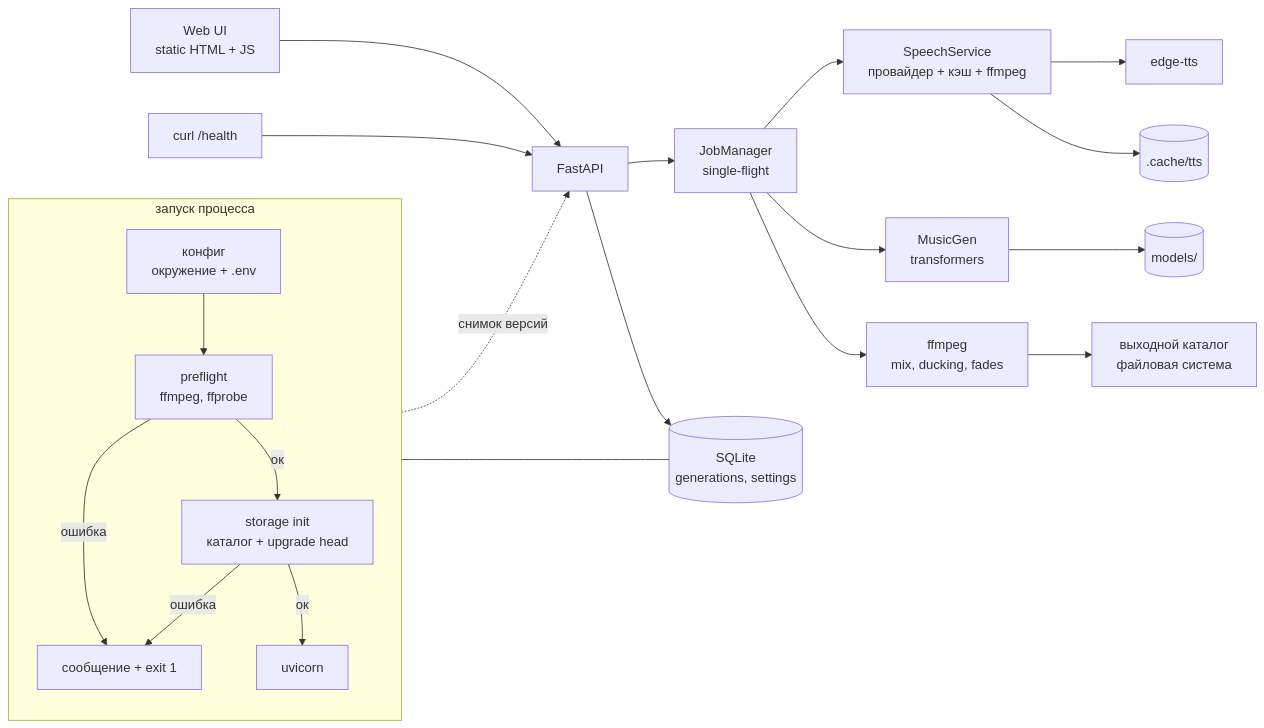
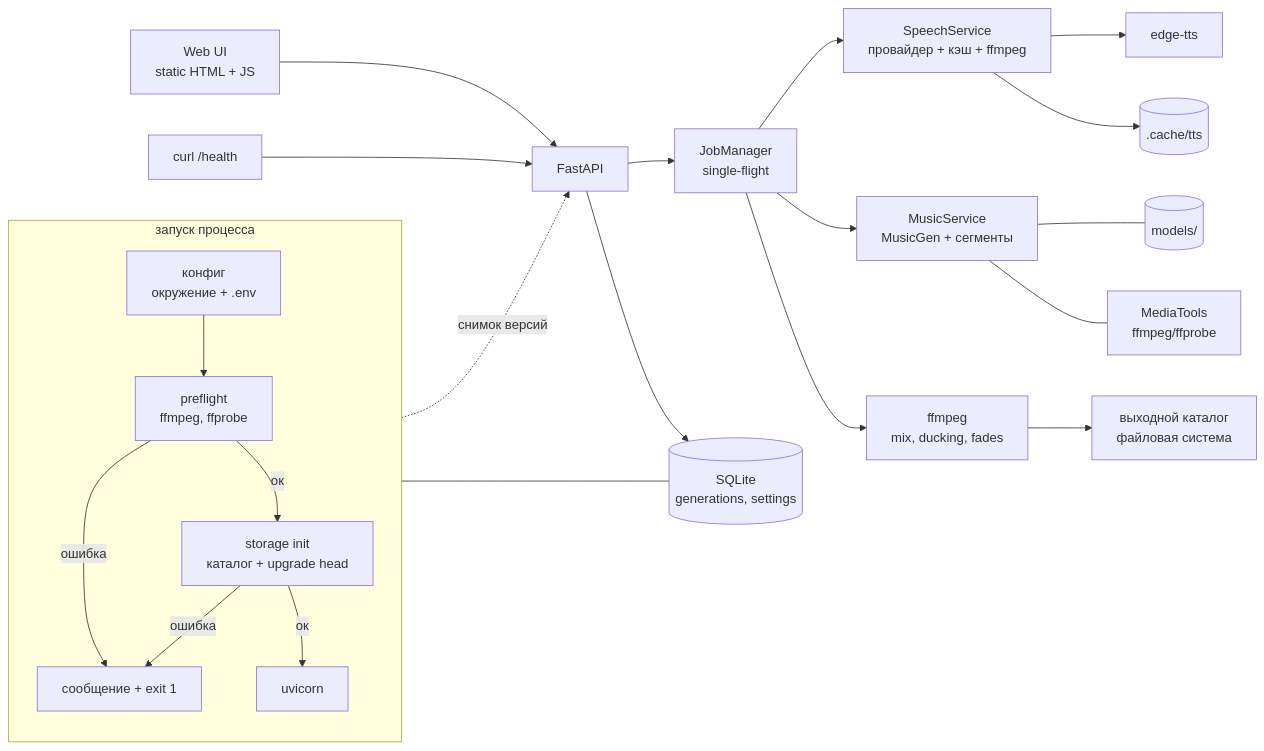
The first of 2 diagrams in docs/architecture.md (tuch-ka/muzifikator), drawn with Mermaid before and after one commit. The commit also changed other lines of this file and 18 other files, not shown here.

First line of the commit message:
feat: add MusicGen music layer with segmented crossfade

````diff
--- a/docs/architecture.md
+++ b/docs/architecture.md
@@ -8,24 +8,25 @@
 ```mermaid
 flowchart LR
     subgraph START["запуск процесса"]
         direction TB
         CFG["конфиг<br/>окружение + .env"] --> PF["preflight<br/>ffmpeg, ffprobe"]
         PF -->|"ок"| ST["storage init<br/>каталог + upgrade head"]
         PF -->|"ошибка"| EXIT["сообщение + exit 1"]
         ST -->|"ок"| APP["uvicorn"]
         ST -->|"ошибка"| EXIT
     end
     UI["Web UI<br/>static HTML + JS"] --> API["FastAPI"]
     OPS["curl /health"] --> API
     API --> JOB["JobManager<br/>single-flight"]
     JOB --> SPEECH["SpeechService<br/>провайдер + кэш + ffmpeg"]
     SPEECH --> TTS["edge-tts"]
     SPEECH --> CACHE[(".cache/tts")]
-    JOB --> MUS["MusicGen<br/>transformers"]
+    JOB --> MUS["MusicService<br/>MusicGen + сегменты"]
+    MUS --- WEIGHTS[("models/")]
+    MUS --- MEDIA["MediaTools<br/>ffmpeg/ffprobe"]
     JOB --> MIX["ffmpeg<br/>mix, ducking, fades"]
     MIX --> OUT["выходной каталог<br/>файловая система"]
     API --> DB[("SQLite<br/>generations, settings")]
     ST --- DB
-    MUS --> MODELS[("models/")]
     PF -.->|"снимок версий"| API
 ```
````
